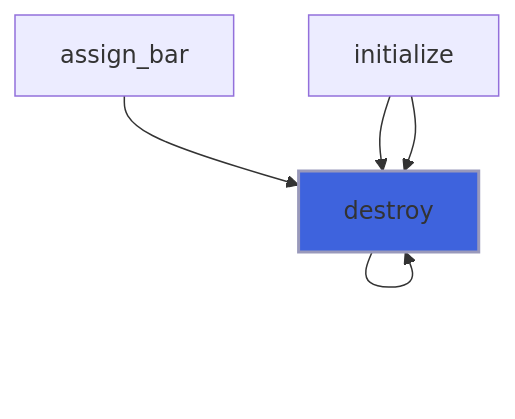
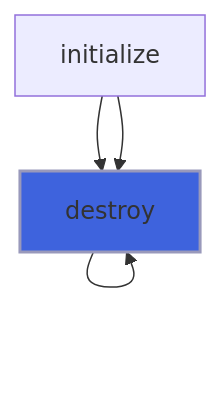
The second of 4 diagrams in docs/api/src/lib/forbear_element_object.md (szaghi/forbear), drawn with Mermaid before and after one commit. The commit also changed other lines of this file and 101 other files, not shown here.

````diff
--- a/docs/api/src/lib/forbear_element_object.md
+++ b/docs/api/src/lib/forbear_element_object.md
@@ -67,8 +67,7 @@
 ```mermaid
 flowchart TD
-  assign_bar["assign_bar"] --> destroy["destroy"]
   destroy["destroy"] --> destroy["destroy"]
   initialize["initialize"] --> destroy["destroy"]
   initialize["initialize"] --> destroy["destroy"]
   style destroy fill:#3e63dd,stroke:#99b,stroke-width:2px
 ```
````
